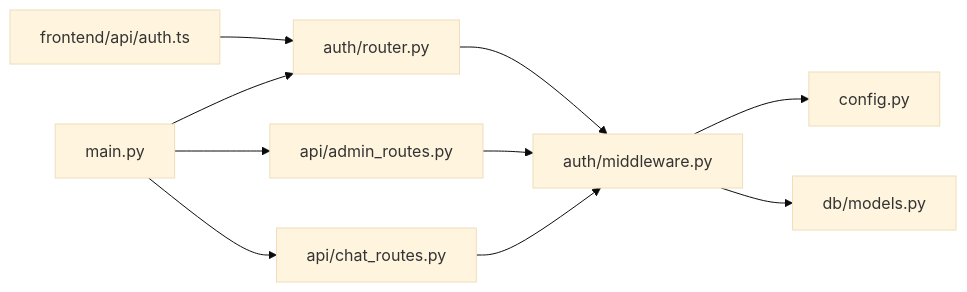
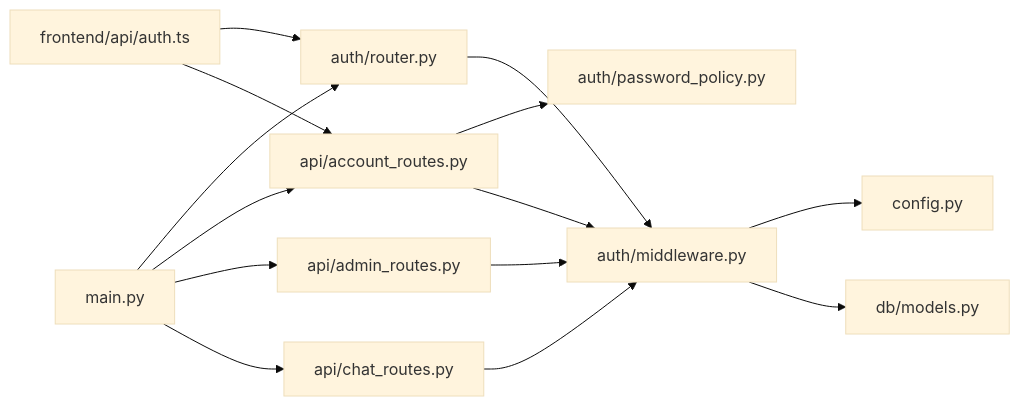
Diagram 12 of 12 in .qoder/repowiki/en/content/Backend Development/Security and Middleware/Authentication Middleware.md (genes8/private-ai), drawn with Mermaid (base theme) before and after one commit. The commit also changed other lines of this file and 55 other files, not shown here.

````diff
--- a/.qoder/repowiki/en/content/Backend Development/Security and Middleware/Authentication Middleware.md
+++ b/.qoder/repowiki/en/content/Backend Development/Security and Middleware/Authentication Middleware.md
@@ -304,12 +438,16 @@
 ```mermaid
 graph LR
 FE["frontend/api/auth.ts"] --> AR["auth/router.py"]
+FE --> ACC["api/account_routes.py"]
 AR --> MW["auth/middleware.py"]
+ACC --> PP["auth/password_policy.py"]
+ACC --> MW
 MW --> CFG["config.py"]
 MW --> DB["db/models.py"]
 ADM["api/admin_routes.py"] --> MW
 CHAT["api/chat_routes.py"] --> MW
 APP["main.py"] --> AR
+APP --> ACC
 APP --> ADM
 APP --> CHAT
 ```
````
